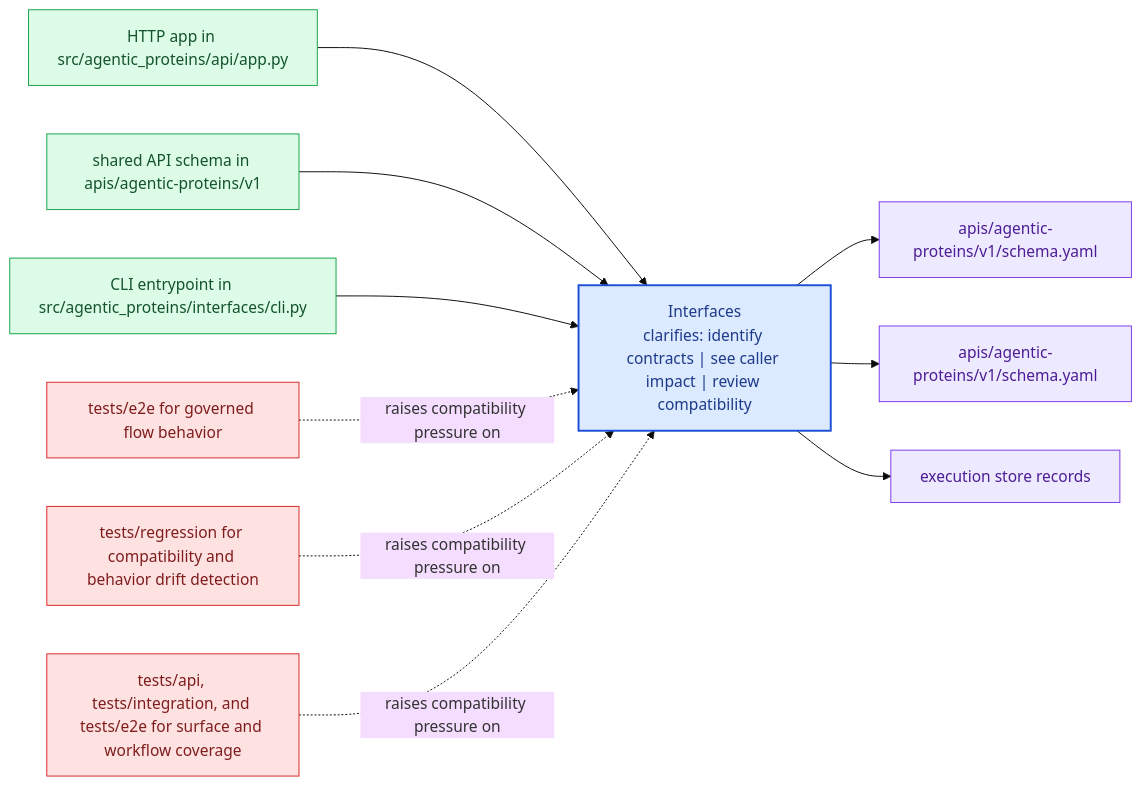
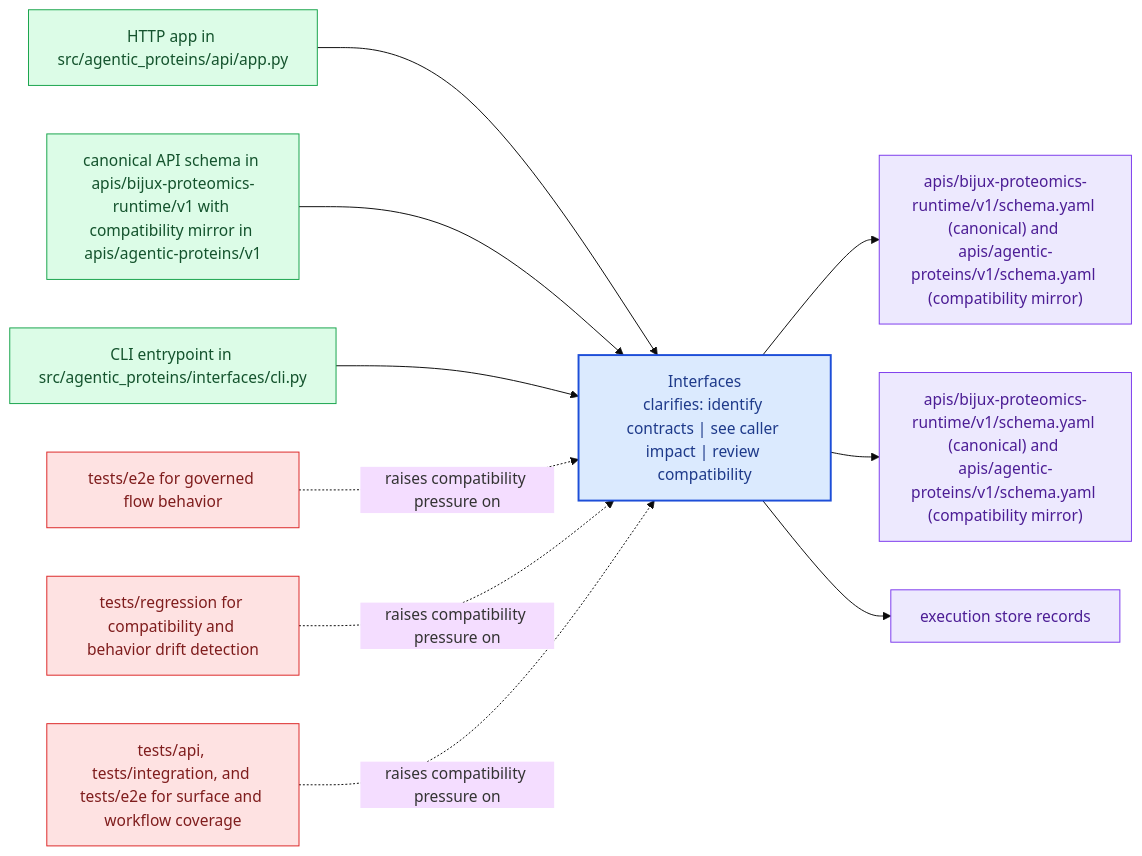
The diagram in docs/02-agentic-proteins/interfaces/index.md (bijux/bijux-proteomics), drawn with Mermaid (base theme) before and after one commit. The commit also changed other lines of this file and 9 other files, not shown here.

Commit message:
docs(compat-interfaces): point api contract references to canonical runtime root

````diff
--- a/docs/02-agentic-proteins/interfaces/index.md
+++ b/docs/02-agentic-proteins/interfaces/index.md
@@ -20,31 +20,31 @@
 ```mermaid
 flowchart LR
     page["Interfaces<br/>clarifies: identify contracts | see caller impact | review compatibility"]
     classDef page fill:#dbeafe,stroke:#1d4ed8,color:#1e3a8a,stroke-width:2px;
     classDef positive fill:#dcfce7,stroke:#16a34a,color:#14532d;
     classDef caution fill:#fee2e2,stroke:#dc2626,color:#7f1d1d;
     classDef anchor fill:#ede9fe,stroke:#7c3aed,color:#4c1d95;
     classDef action fill:#fef3c7,stroke:#d97706,color:#7c2d12;
     surface1["HTTP app in src/agentic_proteins/api/app.py"]
     surface1 --> page
-    surface2["shared API schema in apis/agentic-proteins/v1"]
+    surface2["canonical API schema in apis/bijux-proteomics-runtime/v1 with compatibility mirror in apis/agentic-proteins/v1"]
     surface2 --> page
     surface3["CLI entrypoint in src/agentic_proteins/interfaces/cli.py"]
     surface3 --> page
-    proof1["apis/agentic-proteins/v1/schema.yaml"]
+    proof1["apis/bijux-proteomics-runtime/v1/schema.yaml (canonical) and apis/agentic-proteins/v1/schema.yaml (compatibility mirror)"]
     page --> proof1
-    proof2["apis/agentic-proteins/v1/schema.yaml"]
+    proof2["apis/bijux-proteomics-runtime/v1/schema.yaml (canonical) and apis/agentic-proteins/v1/schema.yaml (compatibility mirror)"]
     page --> proof2
     proof3["execution store records"]
     page --> proof3
     review1["tests/e2e for governed flow behavior"]
     review1 -.raises compatibility pressure on.-> page
     review2["tests/regression for compatibility and behavior drift detection"]
     review2 -.raises compatibility pressure on.-> page
     review3["tests/api, tests/integration, and tests/e2e for surface and workflow coverage"]
     review3 -.raises compatibility pressure on.-> page
     class page page;
     class surface1,surface2,surface3 positive;
     class proof1,proof2,proof3 anchor;
     class review1,review2,review3 caution;
 ```
````
